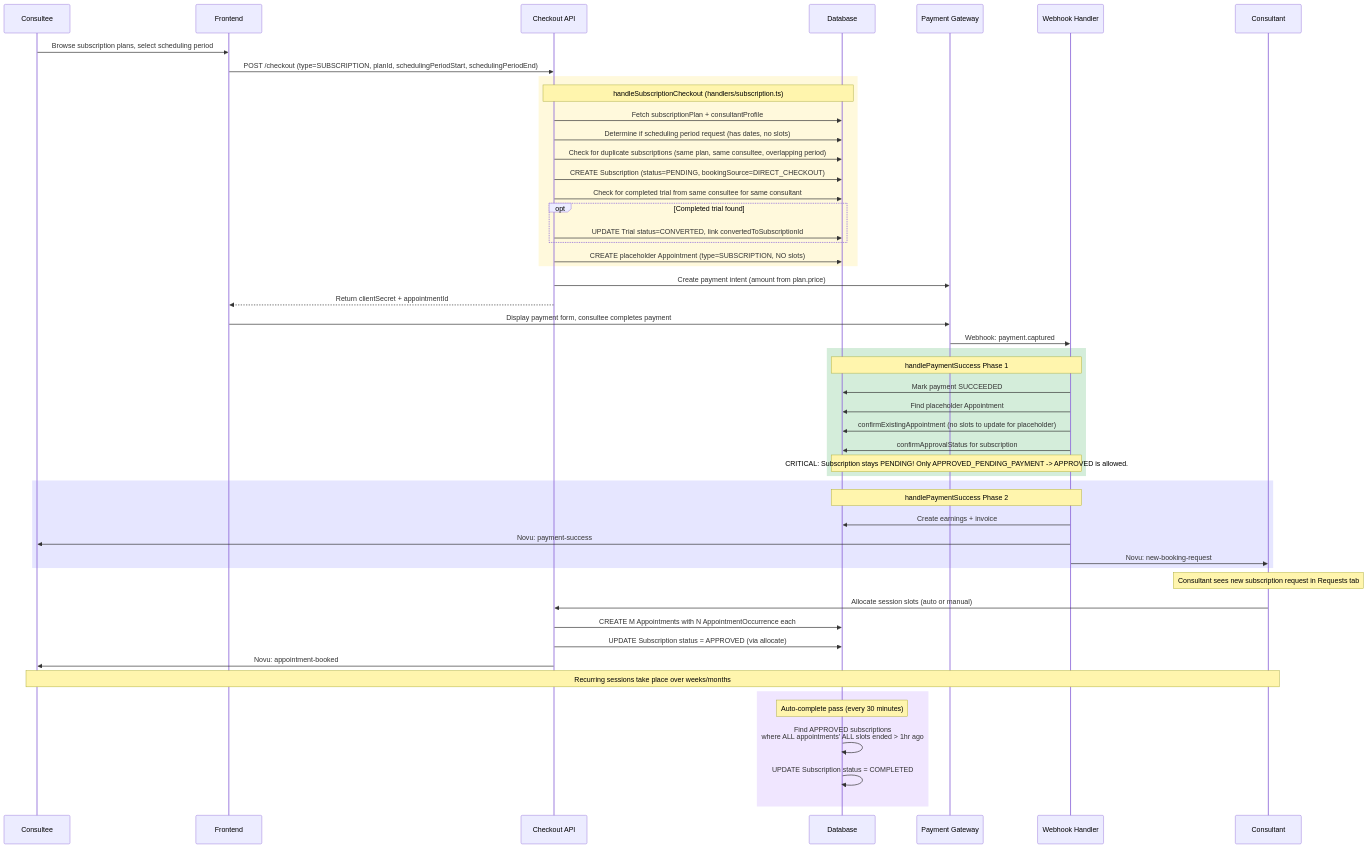
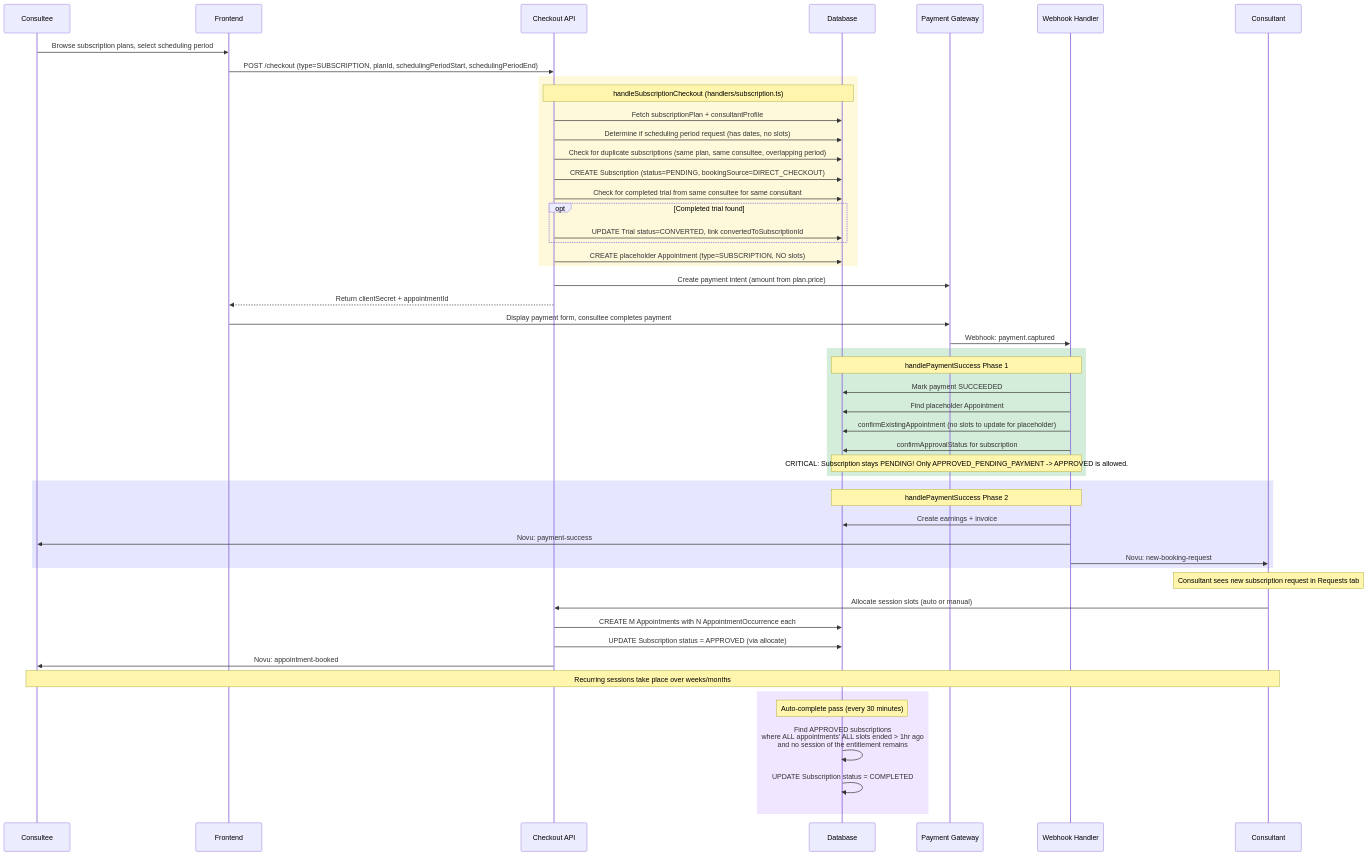
Before and after one commit to Practitionist/familiarise_web: the fifth of 16 diagrams in docs/booking/06-booking-lifecycle.md, drawn with Mermaid. The commit also changed other lines of this file and 6 other files, not shown here.

````diff
--- a/docs/booking/06-booking-lifecycle.md
+++ b/docs/booking/06-booking-lifecycle.md
@@ -320,62 +320,62 @@
 ```mermaid
 sequenceDiagram
     participant CE as Consultee
     participant FE as Frontend
     participant API as Checkout API
     participant DB as Database
     participant GW as Payment Gateway
     participant WH as Webhook Handler
     participant CT as Consultant
 
     CE->>FE: Browse subscription plans, select scheduling period
     FE->>API: POST /checkout (type=SUBSCRIPTION, planId, schedulingPeriodStart, schedulingPeriodEnd)
 
     rect rgb(255, 249, 220)
         Note over API,DB: handleSubscriptionCheckout (handlers/subscription.ts)
         API->>DB: Fetch subscriptionPlan + consultantProfile
         API->>DB: Determine if scheduling period request (has dates, no slots)
         API->>DB: Check for duplicate subscriptions (same plan, same consultee, overlapping period)
         API->>DB: CREATE Subscription (status=PENDING, bookingSource=DIRECT_CHECKOUT)
         API->>DB: Check for completed trial from same consultee for same consultant
         opt Completed trial found
             API->>DB: UPDATE Trial status=CONVERTED, link convertedToSubscriptionId
         end
         API->>DB: CREATE placeholder Appointment (type=SUBSCRIPTION, NO slots)
     end
 
     API->>GW: Create payment intent (amount from plan.price)
     API-->>FE: Return clientSecret + appointmentId
     FE->>GW: Display payment form, consultee completes payment
     GW->>WH: Webhook: payment.captured
 
     rect rgb(212, 237, 218)
         Note over WH,DB: handlePaymentSuccess Phase 1
         WH->>DB: Mark payment SUCCEEDED
         WH->>DB: Find placeholder Appointment
         WH->>DB: confirmExistingAppointment (no slots to update for placeholder)
         WH->>DB: confirmApprovalStatus for subscription
         Note over WH,DB: CRITICAL: Subscription stays PENDING! Only APPROVED_PENDING_PAYMENT -> APPROVED is allowed.
     end
 
     rect rgb(230, 230, 255)
         Note over WH,DB: handlePaymentSuccess Phase 2
         WH->>DB: Create earnings + invoice
         WH->>CE: Novu: payment-success
         WH->>CT: Novu: new-booking-request
     end
 
     Note over CT: Consultant sees new subscription request in Requests tab
 
     CT->>API: Allocate session slots (auto or manual)
     API->>DB: CREATE M Appointments with N AppointmentOccurrence each
     API->>DB: UPDATE Subscription status = APPROVED (via allocate)
     API->>CE: Novu: appointment-booked
 
     Note over CE,CT: Recurring sessions take place over weeks/months
 
     rect rgb(240, 230, 255)
         Note over DB: Auto-complete pass (every 30 minutes)
-        DB->>DB: Find APPROVED subscriptions<br/>where ALL appointments' ALL slots ended > 1hr ago
+        DB->>DB: Find APPROVED subscriptions<br/>where ALL appointments' ALL slots ended > 1hr ago<br/>and no session of the entitlement remains
         DB->>DB: UPDATE Subscription status = COMPLETED
     end
 ```
````
